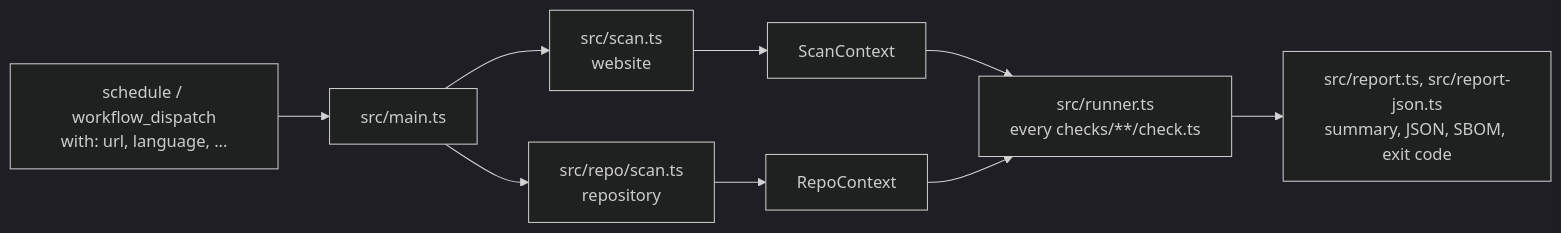
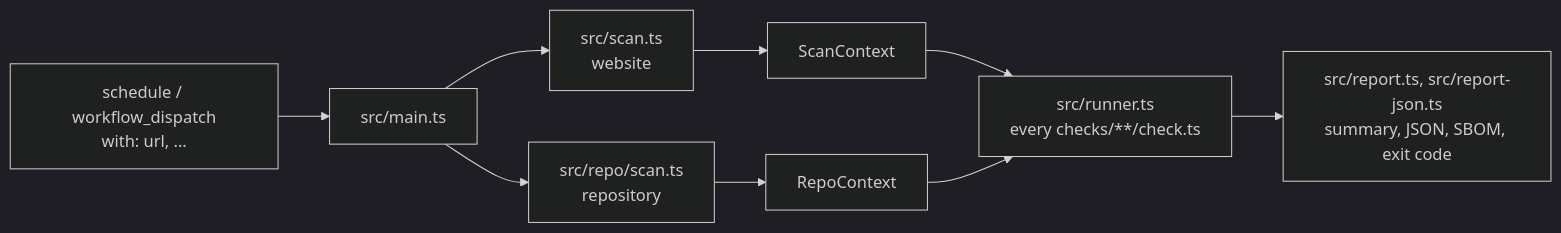
One commit to kreativ-anders/rechtzeitig changed the diagram in dev/architecture.md. Above: the diagram before and after it, drawn with Mermaid (dark theme). The commit also changed other lines of this file and 114 other files, not shown here.

````diff
--- a/dev/architecture.md
+++ b/dev/architecture.md
@@ -3,11 +3,11 @@
 ```mermaid
 flowchart LR
-  W[schedule / workflow_dispatch<br/>with: url, language, ...] --> M[src/main.ts]
+  W[schedule / workflow_dispatch<br/>with: url, ...] --> M[src/main.ts]
   M --> S[src/scan.ts<br/>website]
   M --> RS[src/repo/scan.ts<br/>repository]
   S --> C[ScanContext]
   RS --> RC[RepoContext]
   C --> R[src/runner.ts<br/>every checks/**/check.ts]
   RC --> R
   R --> O[src/report.ts, src/report-json.ts<br/>summary, JSON, SBOM, exit code]
 ```
````
